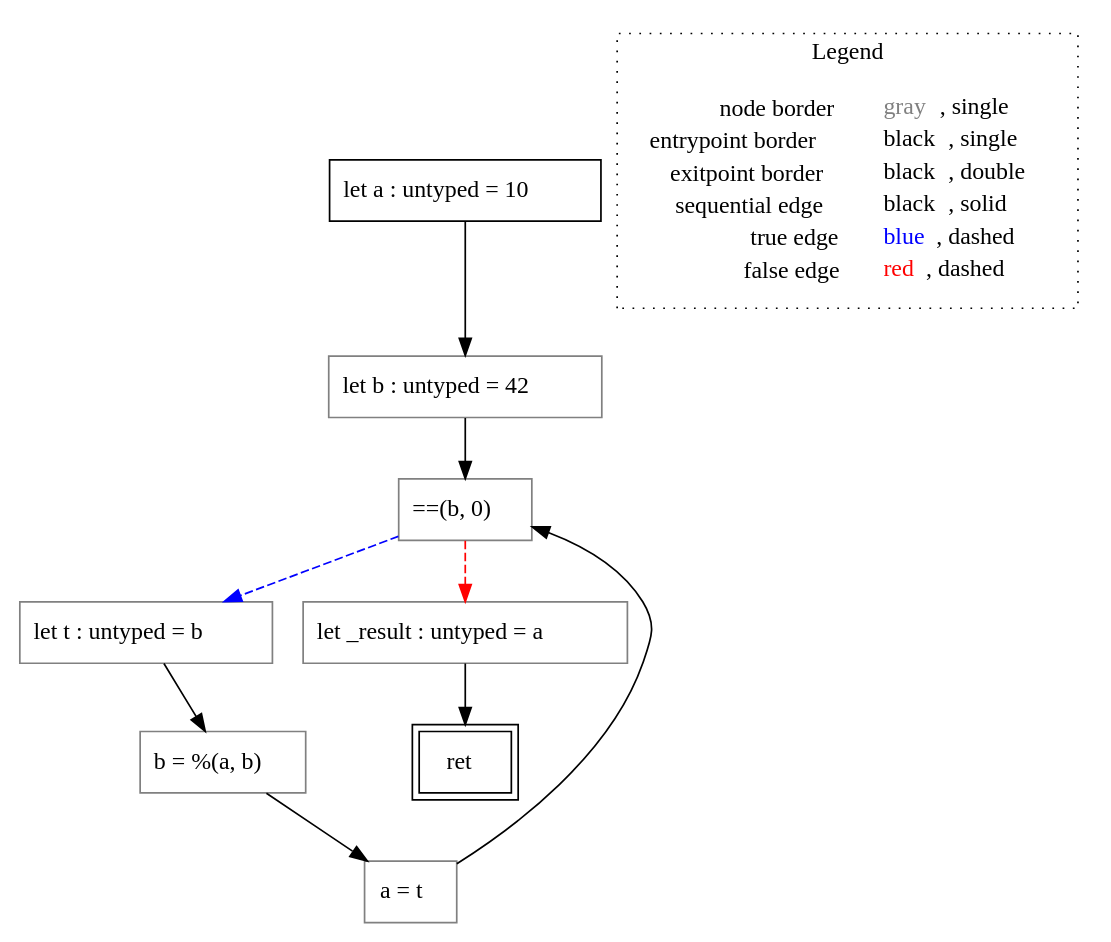
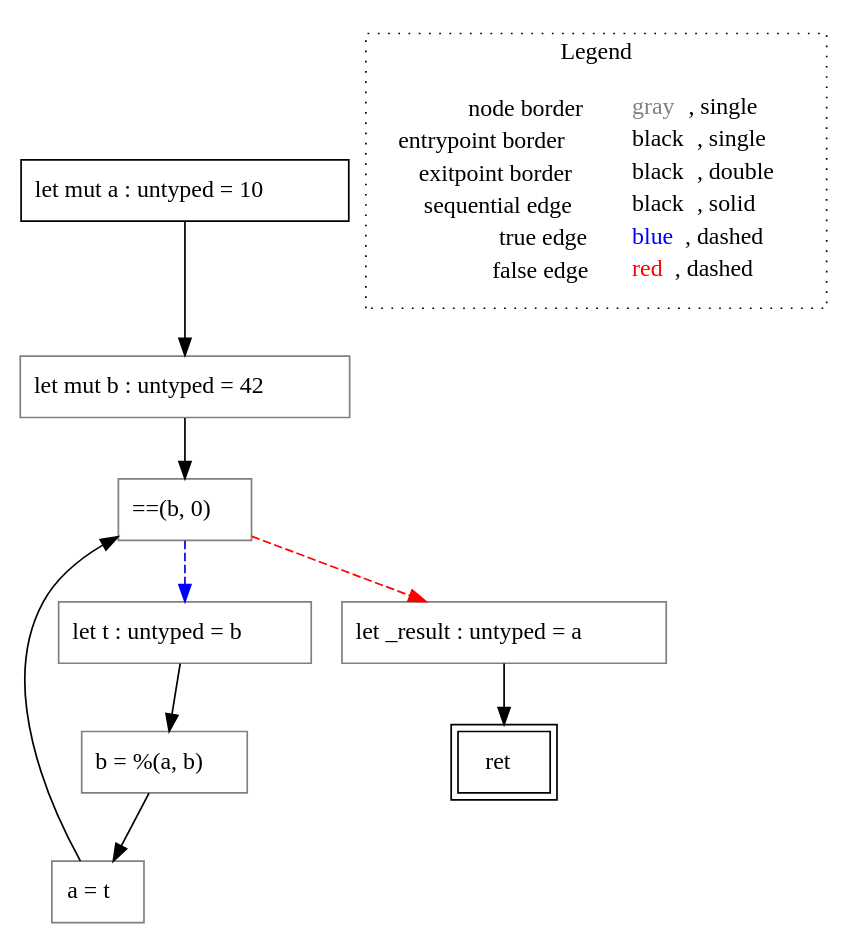
Before and after one commit to VincenzoArceri/rust-lisa: the diagram in rust-lisa/rust-testcases/cfg/euclidian-gcd/()_rust-testcases_cfg_euclidian-gcd_euclidian-gcd.rs.main().dot, drawn with Graphviz. The commit also changed 29 other files, not shown here.

```diff
--- a/rust-lisa/rust-testcases/cfg/euclidian-gcd/()_rust-testcases_cfg_euclidian-gcd_euclidian-gcd.rs.main().dot
+++ b/rust-lisa/rust-testcases/cfg/euclidian-gcd/()_rust-testcases_cfg_euclidian-gcd_euclidian-gcd.rs.main().dot
@@ -1,25 +1,25 @@
 digraph {
-	"node0" [shape="rect",color="black",label=<let a : untyped = 10>];
-	"node1" [shape="rect",color="gray",label=<let t : untyped = b>];
-	"node2" [shape="rect",color="gray",label=<let _result : untyped = a>];
-	"node3" [shape="rect",color="gray",label=<let b : untyped = 42>];
-	"node4" [shape="rect",color="black",peripheries="2",label=<ret>];
-	"node5" [shape="rect",color="gray",label=<==(b, 0)>];
-	"node6" [shape="rect",color="gray",label=<b = %(a, b)>];
-	"node7" [shape="rect",color="gray",label=<a = t>];
-	"node0" -> "node3" [color="black"];
-	"node1" -> "node6" [color="black"];
-	"node2" -> "node4" [color="black"];
-	"node3" -> "node5" [color="black"];
-	"node5" -> "node1" [color="blue",style="dashed"];
-	"node5" -> "node2" [color="red",style="dashed"];
-	"node6" -> "node7" [color="black"];
-	"node7" -> "node5" [color="black"];
+	"node0" [shape="rect",color="black",label=<let mut a : untyped = 10>];
+	"node1" [shape="rect",color="gray",label=<a = t>];
+	"node2" [shape="rect",color="gray",label=<==(b, 0)>];
+	"node3" [shape="rect",color="gray",label=<b = %(a, b)>];
+	"node4" [shape="rect",color="gray",label=<let t : untyped = b>];
+	"node5" [shape="rect",color="gray",label=<let mut b : untyped = 42>];
+	"node6" [shape="rect",color="black",peripheries="2",label=<ret>];
+	"node7" [shape="rect",color="gray",label=<let _result : untyped = a>];
+	"node1" -> "node2" [color="black"];
+	"node2" -> "node4" [color="blue",style="dashed"];
+	"node2" -> "node7" [color="red",style="dashed"];
+	"node3" -> "node1" [color="black"];
+	"node4" -> "node3" [color="black"];
+	"node5" -> "node2" [color="black"];
+	"node0" -> "node5" [color="black"];
+	"node7" -> "node6" [color="black"];
 subgraph cluster_legend {
 	label="Legend";
 	style=dotted;
 	node [shape=plaintext];
 	"legend" [label=<<table border="0" cellpadding="2" cellspacing="0" cellborder="0"><tr><td align="right">node border&nbsp;</td><td align="left"><font color="gray">gray</font>, single</td></tr><tr><td align="right">entrypoint border&nbsp;</td><td align="left"><font color="black">black</font>, single</td></tr><tr><td align="right">exitpoint border&nbsp;</td><td align="left"><font color="black">black</font>, double</td></tr><tr><td align="right">sequential edge&nbsp;</td><td align="left"><font color="black">black</font>, solid</td></tr><tr><td align="right">true edge&nbsp;</td><td align="left"><font color="blue">blue</font>, dashed</td></tr><tr><td align="right">false edge&nbsp;</td><td align="left"><font color="red">red</font>, dashed</td></tr></table>>];
 }
 
 }
```
